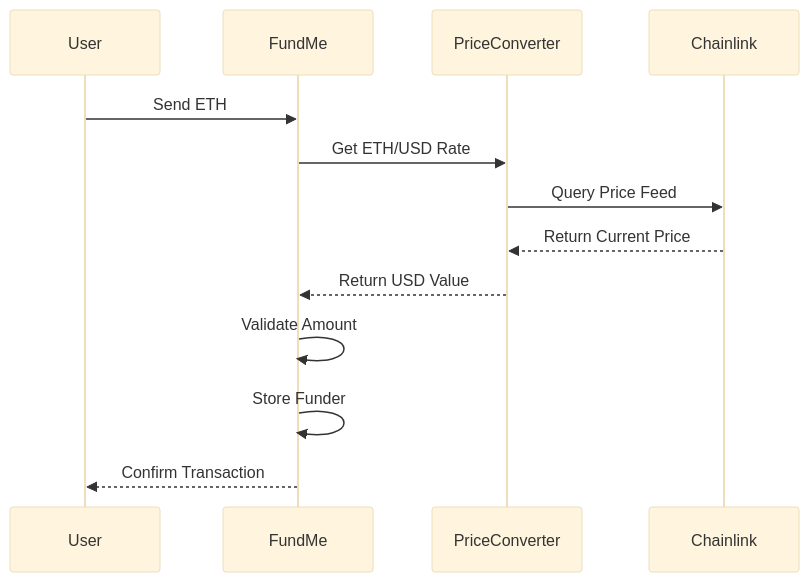
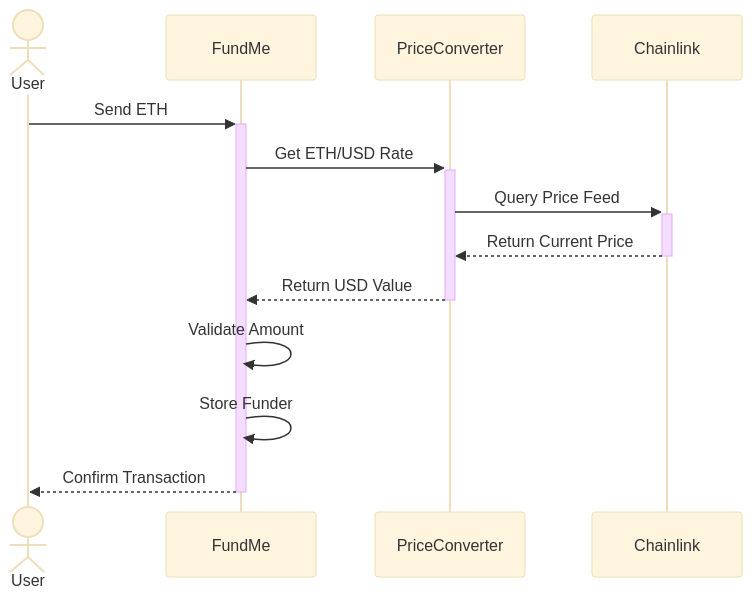
The second of 6 diagrams in README.md (VedantAnand17/FundMeEth), drawn with Mermaid (base theme) before and after one commit. The commit also changed other lines of this file, not shown here.

````diff
--- a/README.md
+++ b/README.md
@@ -28,16 +28,16 @@
 ```mermaid
 sequenceDiagram
-    participant User
+    actor User
     participant FundMe
     participant PriceConverter
     participant Chainlink
 
-    User->>FundMe: Send ETH
-    FundMe->>PriceConverter: Get ETH/USD Rate
-    PriceConverter->>Chainlink: Query Price Feed
-    Chainlink-->>PriceConverter: Return Current Price
-    PriceConverter-->>FundMe: Return USD Value
+    User->>+FundMe: Send ETH
+    FundMe->>+PriceConverter: Get ETH/USD Rate
+    PriceConverter->>+Chainlink: Query Price Feed
+    Chainlink-->>-PriceConverter: Return Current Price
+    PriceConverter-->>-FundMe: Return USD Value
     FundMe->>FundMe: Validate Amount
     FundMe->>FundMe: Store Funder
-    FundMe-->>User: Confirm Transaction
+    FundMe-->>-User: Confirm Transaction
 ```
````
